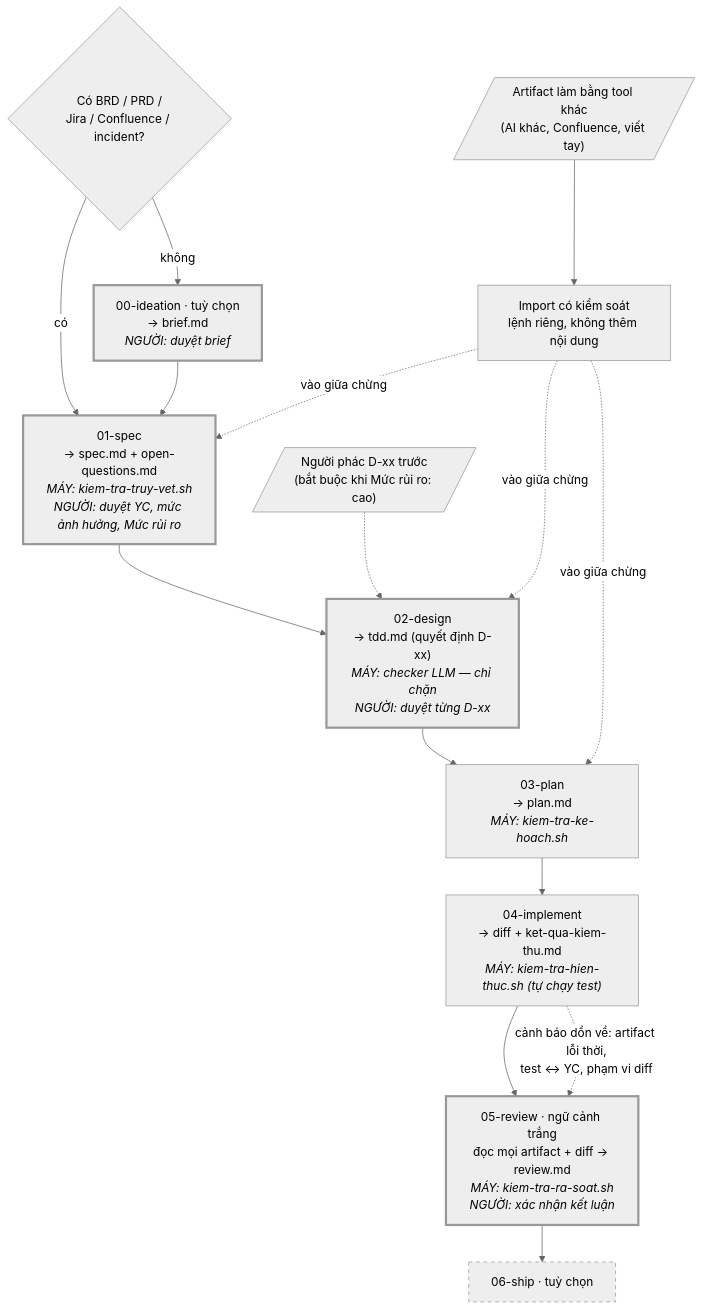
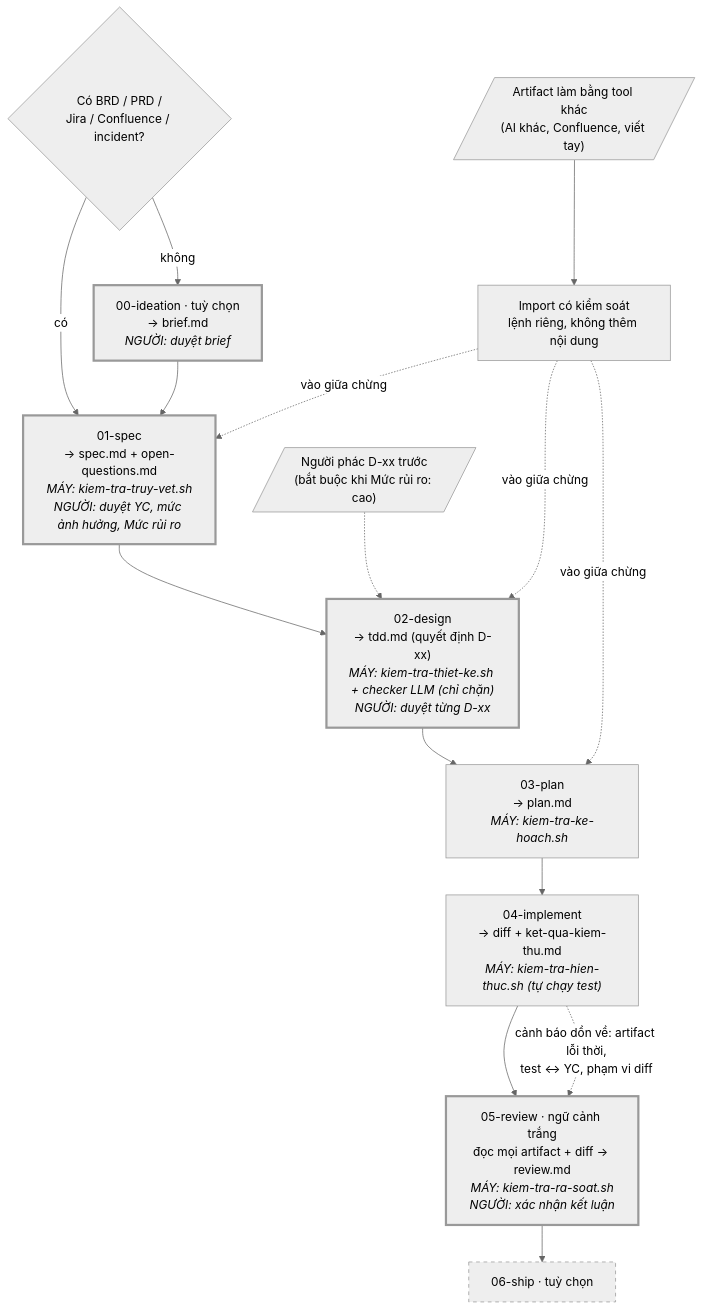
Before and after one commit to dangminhphuc/agent-workflow: the diagram in README.md, drawn with Mermaid (neutral theme). The commit also changed other lines of this file and 34 other files, not shown here.

````diff
--- a/README.md
+++ b/README.md
@@ -43,33 +43,33 @@
 ```mermaid
 flowchart TD
     START{"Có BRD / PRD /<br/>Jira / Confluence / incident?"}
     IDEA["00-ideation · tuỳ chọn<br/>→ brief.md<br/><i>NGƯỜI: duyệt brief</i>"]
     SPEC["01-spec<br/>→ spec.md + open-questions.md<br/><i>MÁY: kiem-tra-truy-vet.sh</i><br/><i>NGƯỜI: duyệt YC, mức ảnh hưởng, Mức rủi ro</i>"]
     PHAC[/"Người phác D-xx trước<br/>(bắt buộc khi Mức rủi ro: cao)"/]
-    DESIGN["02-design<br/>→ tdd.md (quyết định D-xx)<br/><i>MÁY: checker LLM — chỉ chặn</i><br/><i>NGƯỜI: duyệt từng D-xx</i>"]
+    DESIGN["02-design<br/>→ tdd.md (quyết định D-xx)<br/><i>MÁY: kiem-tra-thiet-ke.sh + checker LLM (chỉ chặn)</i><br/><i>NGƯỜI: duyệt từng D-xx</i>"]
     PLAN["03-plan<br/>→ plan.md<br/><i>MÁY: kiem-tra-ke-hoach.sh</i>"]
     IMPL["04-implement<br/>→ diff + ket-qua-kiem-thu.md<br/><i>MÁY: kiem-tra-hien-thuc.sh (tự chạy test)</i>"]
     REVIEW["05-review · ngữ cảnh trắng<br/>đọc mọi artifact + diff → review.md<br/><i>MÁY: kiem-tra-ra-soat.sh</i><br/><i>NGƯỜI: xác nhận kết luận</i>"]
     SHIP["06-ship · tuỳ chọn"]
 
     NGOAI[/"Artifact làm bằng tool khác<br/>(AI khác, Confluence, viết tay)"/]
     IMPORT["Import có kiểm soát<br/>lệnh riêng, không thêm nội dung"]
 
     START -- có --> SPEC
     START -- không --> IDEA --> SPEC
     SPEC --> DESIGN
     PHAC -.-> DESIGN
     DESIGN --> PLAN --> IMPL --> REVIEW --> SHIP
 
     IMPL -. "cảnh báo dồn về: artifact lỗi thời,<br/>test ↔ YC, phạm vi diff" .-> REVIEW
 
     NGOAI --> IMPORT
     IMPORT -. "vào giữa chừng" .-> SPEC
     IMPORT -. "vào giữa chừng" .-> DESIGN
     IMPORT -. "vào giữa chừng" .-> PLAN
 
     classDef nguoi stroke-width:3px
     classDef tuychon stroke-dasharray:5 5
     class IDEA,SPEC,DESIGN,REVIEW nguoi
     class SHIP tuychon
 ```
````
